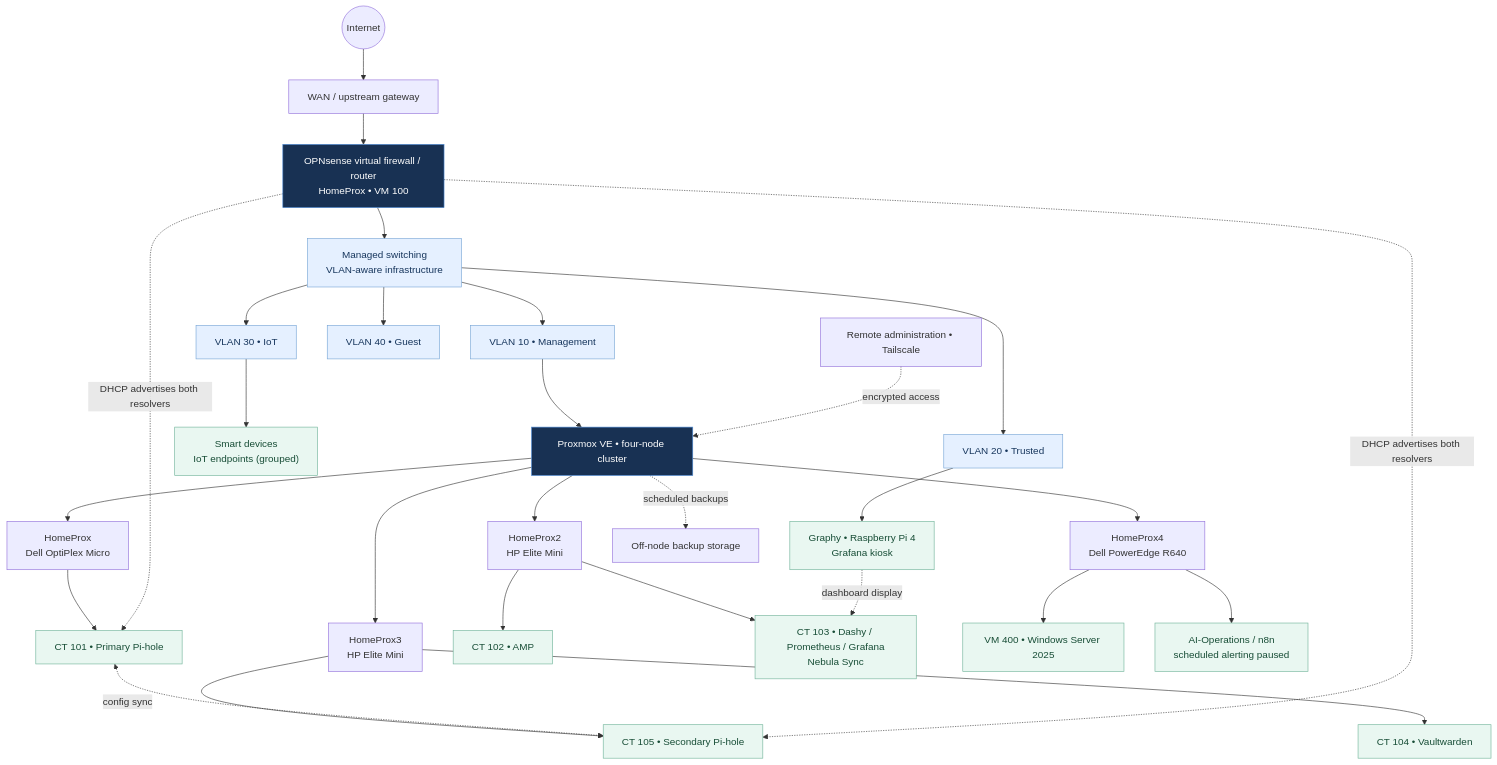
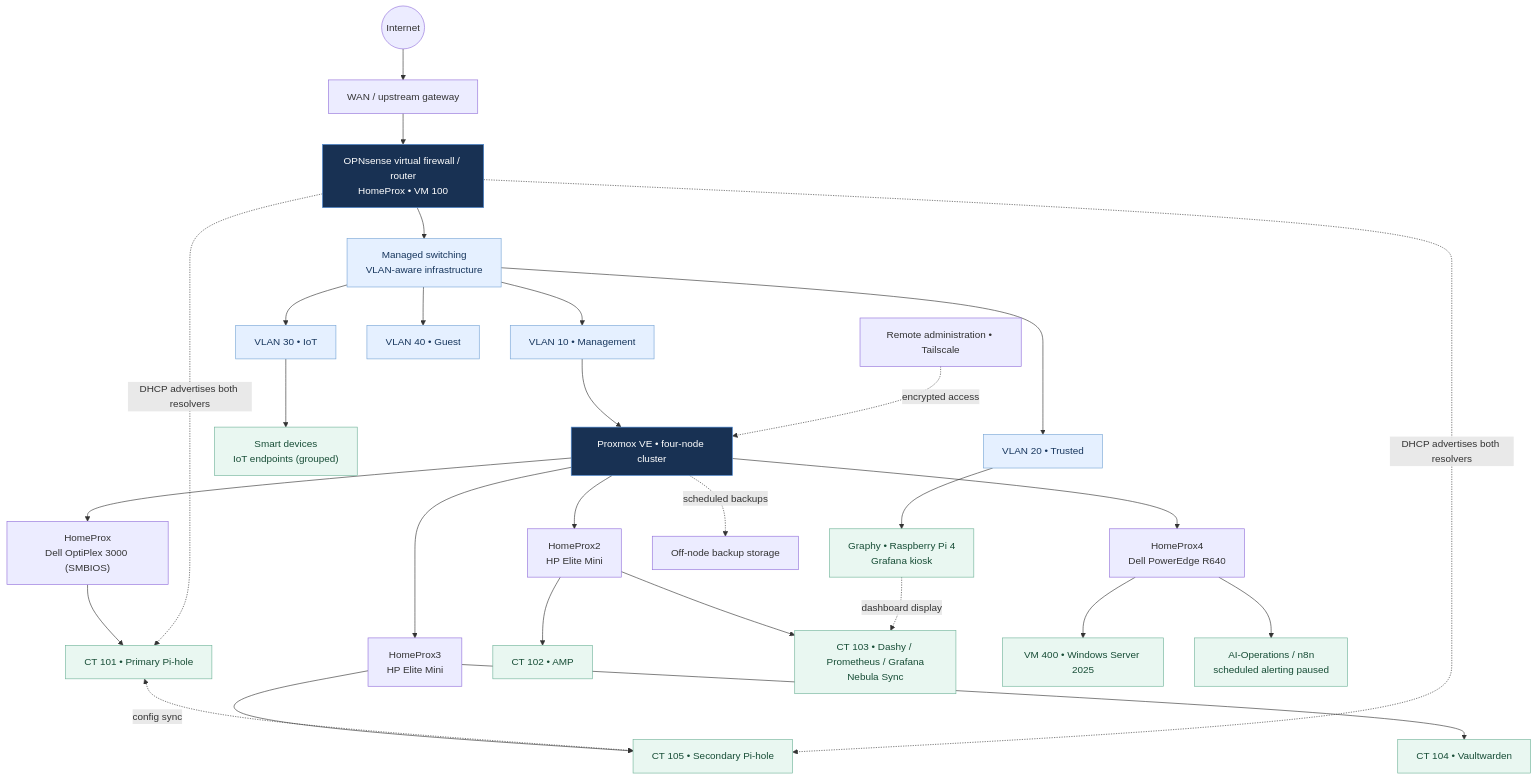
The first of 2 diagrams in network/diagrams/README.md (samuelkemp1619/HOMELAB-PORTFOLIO), drawn with Mermaid before and after one commit. The commit also changed other lines of this file, not shown here.

Commit message:
Record verified HomeProx hardware and correct Dell model

````diff
--- a/network/diagrams/README.md
+++ b/network/diagrams/README.md
@@ -9,36 +9,36 @@
 ```mermaid
 flowchart TB
     WAN((Internet)) --> EDGE["WAN / upstream gateway"]
     EDGE --> FW["OPNsense virtual firewall / router<br/>HomeProx • VM 100"]
     FW --> SWITCH["Managed switching<br/>VLAN-aware infrastructure"]
     SWITCH --> V10["VLAN 10 • Management"]
     SWITCH --> V20["VLAN 20 • Trusted"]
     SWITCH --> V30["VLAN 30 • IoT"]
     SWITCH --> V40["VLAN 40 • Guest"]
     V30 --> SMART["Smart devices<br/>IoT endpoints (grouped)"]
     V10 --> CLUSTER["Proxmox VE • four-node cluster"]
-    CLUSTER --> P1["HomeProx<br/>Dell OptiPlex Micro"]
+    CLUSTER --> P1["HomeProx<br/>Dell OptiPlex 3000 (SMBIOS)"]
     CLUSTER --> P2["HomeProx2<br/>HP Elite Mini"]
     CLUSTER --> P3["HomeProx3<br/>HP Elite Mini"]
     CLUSTER --> P4["HomeProx4<br/>Dell PowerEdge R640"]
     P1 --> DNS1["CT 101 • Primary Pi-hole"]
     P2 --> APP["CT 102 • AMP"]
     P2 --> OBS["CT 103 • Dashy / Prometheus / Grafana<br/>Nebula Sync"]
     P3 --> VAULT["CT 104 • Vaultwarden"]
     P3 --> DNS2["CT 105 • Secondary Pi-hole"]
     P4 --> WIN["VM 400 • Windows Server 2025"]
     P4 --> AI["AI-Operations / n8n<br/>scheduled alerting paused"]
     DNS1 <-. "config sync" .-> DNS2
     FW -. "DHCP advertises both resolvers" .-> DNS1
     FW -. "DHCP advertises both resolvers" .-> DNS2
     V20 --> GRAPHY["Graphy • Raspberry Pi 4<br/>Grafana kiosk"]
     GRAPHY -. "dashboard display" .-> OBS
     REMOTE["Remote administration • Tailscale"] -. "encrypted access" .-> CLUSTER
     CLUSTER -. "scheduled backups" .-> BACKUP["Off-node backup storage"]
     classDef core fill:#183153,color:#fff,stroke:#4c8ad5
     classDef network fill:#e5f0ff,color:#17365d,stroke:#77a5d6
     classDef service fill:#e9f7f1,color:#174d36,stroke:#71b49a
     class FW,CLUSTER core
     class SWITCH,V10,V20,V30,V40 network
     class DNS1,DNS2,OBS,VAULT,GRAPHY,APP,WIN,AI,SMART service
 ```
````
